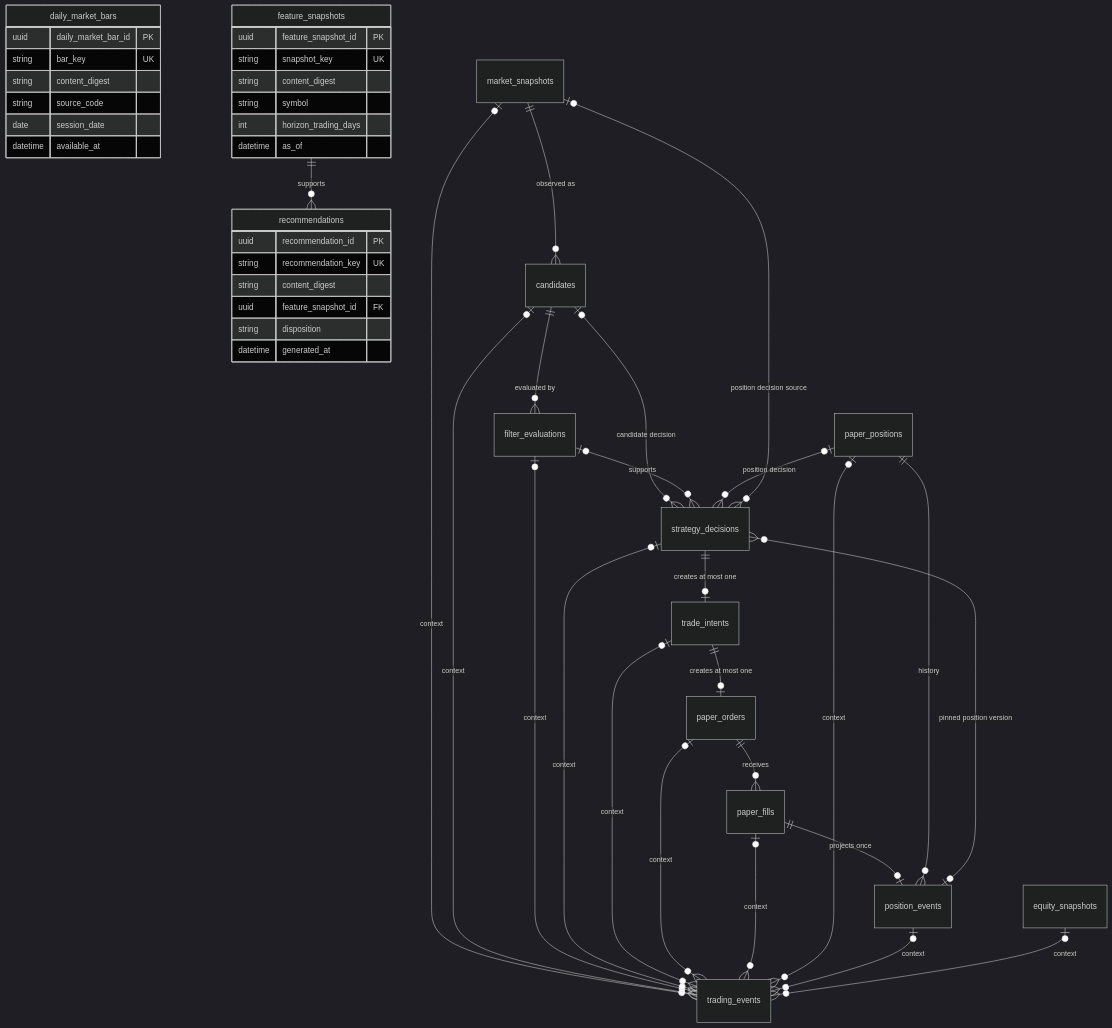
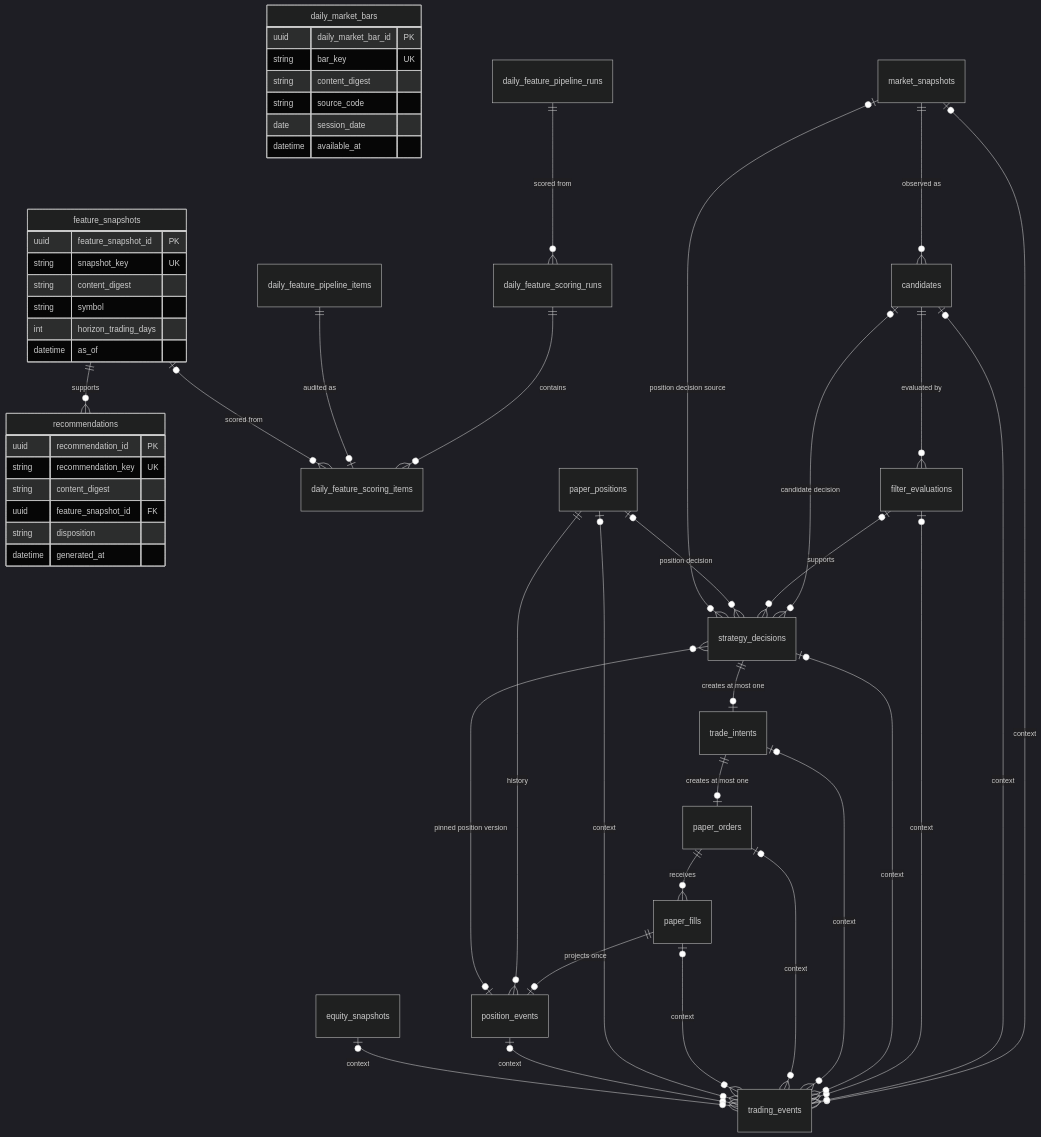
One commit to geunil748-dev/auto_trading_v2 changed the diagram in docs/database-schema.md. Above: the diagram before and after it, drawn with Mermaid (dark theme). The commit also changed other lines of this file and 69 other files, not shown here.

````diff
--- a/docs/database-schema.md
+++ b/docs/database-schema.md
@@ -31,50 +33,54 @@
 ```mermaid
 erDiagram
     daily_market_bars {
         uuid daily_market_bar_id PK
         string bar_key UK
         string content_digest
         string source_code
         date session_date
         datetime available_at
     }
     feature_snapshots {
         uuid feature_snapshot_id PK
         string snapshot_key UK
         string content_digest
         string symbol
         int horizon_trading_days
         datetime as_of
     }
     recommendations {
         uuid recommendation_id PK
         string recommendation_key UK
         string content_digest
         uuid feature_snapshot_id FK
         string disposition
         datetime generated_at
     }
     feature_snapshots ||--o{ recommendations : "supports"
+    daily_feature_pipeline_runs ||--o{ daily_feature_scoring_runs : "scored from"
+    daily_feature_scoring_runs ||--o{ daily_feature_scoring_items : "contains"
+    daily_feature_pipeline_items ||--o| daily_feature_scoring_items : "audited as"
+    feature_snapshots o|--o{ daily_feature_scoring_items : "scored from"
     market_snapshots ||--o{ candidates : "observed as"
     candidates ||--o{ filter_evaluations : "evaluated by"
     candidates o|--o{ strategy_decisions : "candidate decision"
     filter_evaluations o|--o{ strategy_decisions : "supports"
     paper_positions o|--o{ strategy_decisions : "position decision"
     market_snapshots o|--o{ strategy_decisions : "position decision source"
     position_events o|--o{ strategy_decisions : "pinned position version"
     strategy_decisions ||--o| trade_intents : "creates at most one"
     trade_intents ||--o| paper_orders : "creates at most one"
     paper_orders ||--o{ paper_fills : "receives"
     paper_fills ||--o| position_events : "projects once"
     paper_positions ||--o{ position_events : "history"
     market_snapshots o|--o{ trading_events : "context"
     candidates o|--o{ trading_events : "context"
     filter_evaluations o|--o{ trading_events : "context"
     strategy_decisions o|--o{ trading_events : "context"
     trade_intents o|--o{ trading_events : "context"
     paper_orders o|--o{ trading_events : "context"
     paper_fills o|--o{ trading_events : "context"
     paper_positions o|--o{ trading_events : "context"
     position_events o|--o{ trading_events : "context"
     equity_snapshots o|--o{ trading_events : "context"
 ```
````
